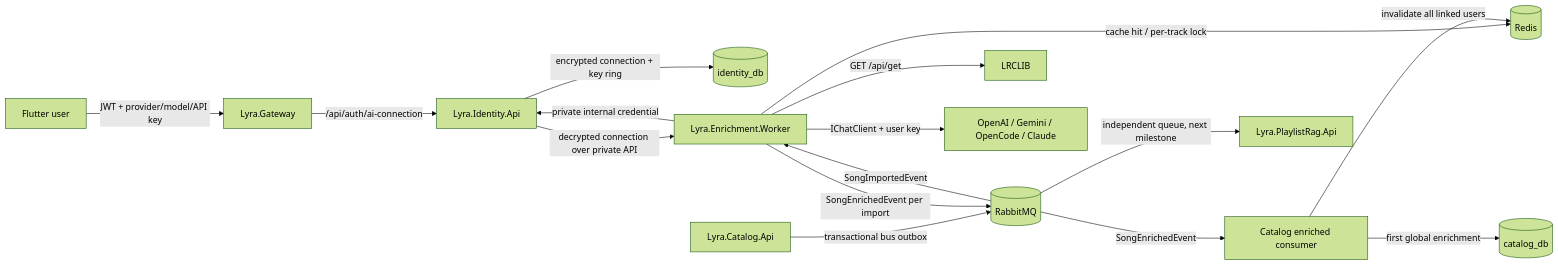
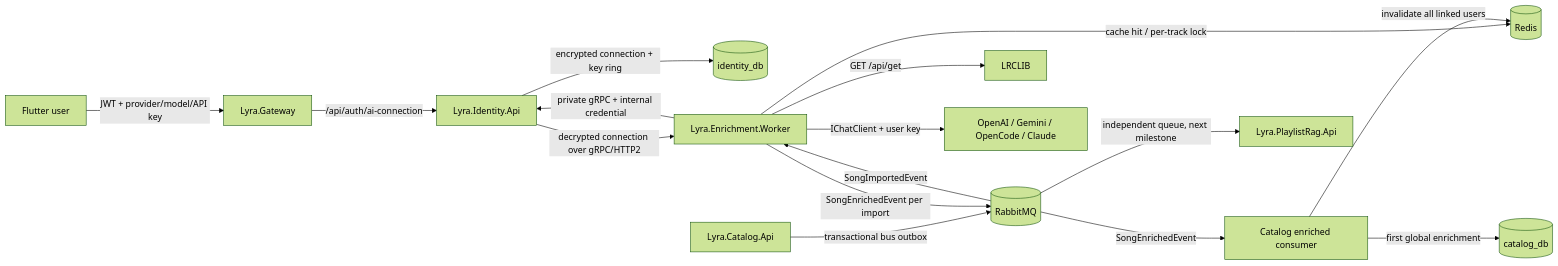
The diagram in .junie/plans/byok-ai-enrichment-pipeline.md (universitysjp/lyra), drawn with Mermaid (forest theme) before and after one commit. The commit also changed other lines of this file and 36 other files, not shown here.

Commit message:
Add AI connection management with encryption support and gRPC integration

````diff
--- a/.junie/plans/byok-ai-enrichment-pipeline.md
+++ b/.junie/plans/byok-ai-enrichment-pipeline.md
@@ -398,19 +401,19 @@
 ```mermaid
 graph LR
   U[Flutter user] -->|JWT + provider/model/API key| G[Lyra.Gateway]
   G -->|/api/auth/ai-connection| IA[Lyra.Identity.Api]
   IA -->|encrypted connection + key ring| IDB[(identity_db)]
 
   CAT[Lyra.Catalog.Api] -->|transactional bus outbox| MQ[(RabbitMQ)]
   MQ -->|SongImportedEvent| W[Lyra.Enrichment.Worker]
   W -->|cache hit / per-track lock| R[(Redis)]
-  W -->|private internal credential| IA
-  IA -->|decrypted connection over private API| W
+  W -->|private gRPC + internal credential| IA
+  IA -->|decrypted connection over gRPC/HTTP2| W
   W -->|GET /api/get| L[LRCLIB]
   W -->|IChatClient + user key| P[OpenAI / Gemini / OpenCode / Claude]
   W -->|SongEnrichedEvent per import| MQ
   MQ -->|SongEnrichedEvent| CC[Catalog enriched consumer]
   MQ -->|independent queue, next milestone| RAG[Lyra.PlaylistRag.Api]
   CC -->|first global enrichment| CDB[(catalog_db)]
   CC -->|invalidate all linked users| R
 ```
````
